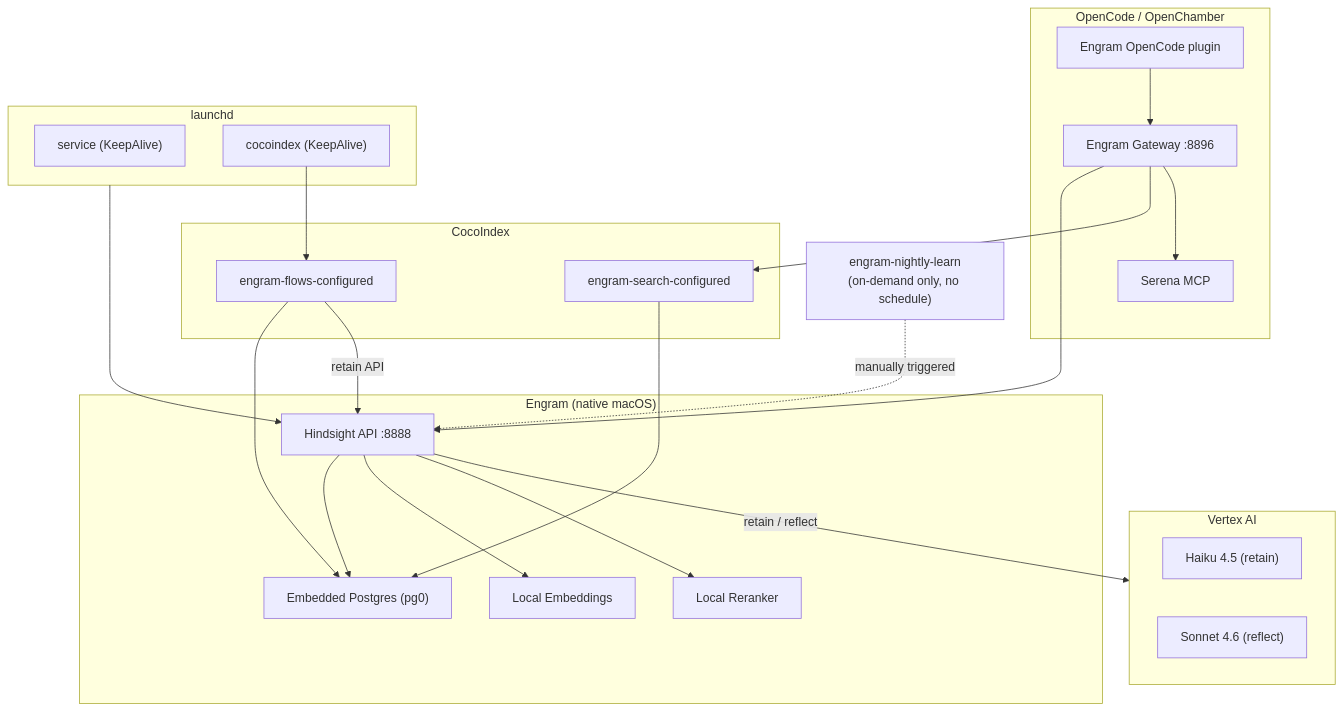
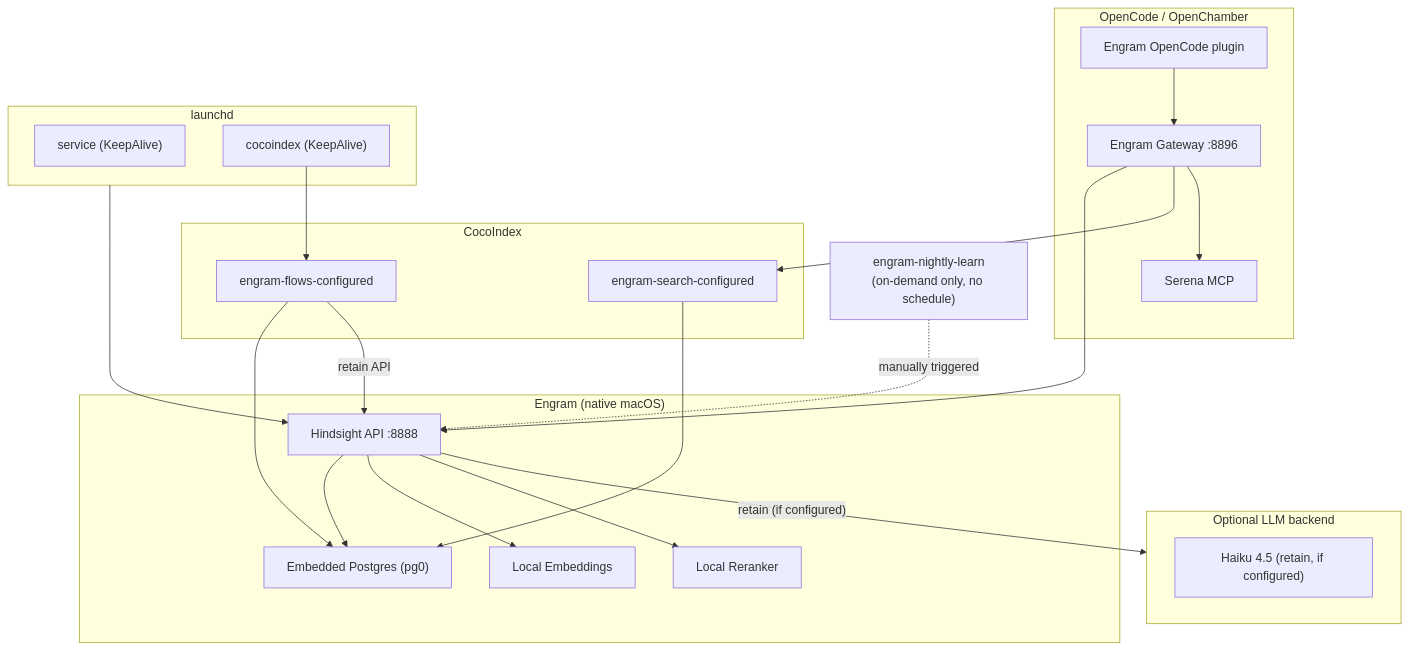
One commit to jordigilh/engram changed the second of 2 diagrams in README.md. Above: the diagram before and after it, drawn with Mermaid. The commit also changed other lines of this file and 7 other files, not shown here.

````diff
--- a/README.md
+++ b/README.md
@@ -140,47 +135,46 @@
 ```mermaid
 graph TB
     subgraph client["OpenCode / OpenChamber"]
         plugin["Engram OpenCode plugin"]
         gateway["Engram Gateway :8896"]
         serena["Serena MCP"]
         plugin --> gateway
     end
 
     subgraph engram["Engram (native macOS)"]
         api["Hindsight API :8888"]
         pg["Embedded Postgres (pg0)"]
         emb["Local Embeddings"]
         rerank["Local Reranker"]
     end
 
     subgraph cocoindex_engine["CocoIndex"]
         coco["engram-flows-configured"]
         coco_search["engram-search-configured"]
         coco --> pg
         coco_search --> pg
     end
 
-    subgraph vertex["Vertex AI"]
-        haiku["Haiku 4.5 (retain)"]
-        sonnet["Sonnet 4.6 (reflect)"]
+    subgraph vertex["Optional LLM backend"]
+        haiku["Haiku 4.5 (retain, if configured)"]
     end
 
     subgraph launchd["launchd"]
         svc["service (KeepAlive)"]
         coco_svc["cocoindex (KeepAlive)"]
     end
 
     nightly["engram-nightly-learn<br/>(on-demand only, no schedule)"]
 
     gateway --> api
     gateway --> coco_search
     gateway --> serena
     api --> pg
     api --> emb
     api --> rerank
-    api -->|"retain / reflect"| vertex
+    api -->|"retain (if configured)"| vertex
     launchd --> api
     nightly -.->|"manually triggered"| api
     coco_svc --> coco
     coco -->|"retain API"| api
 ```
````
